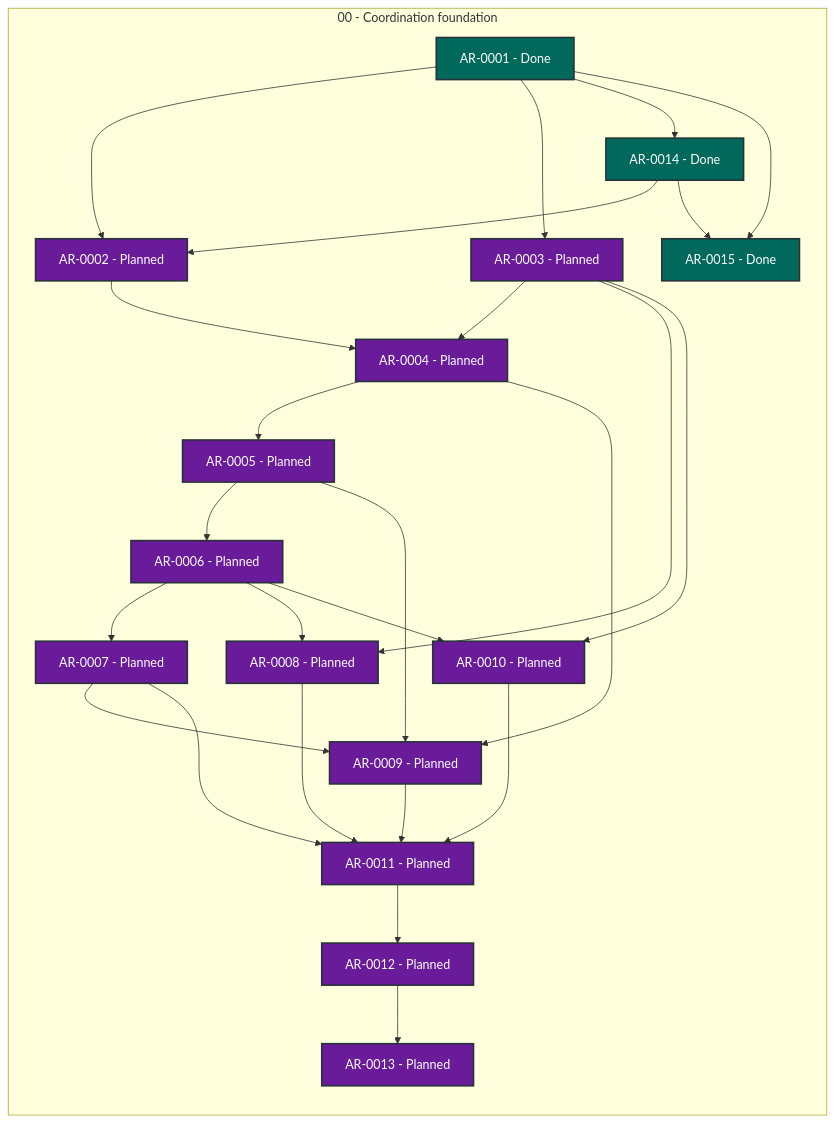
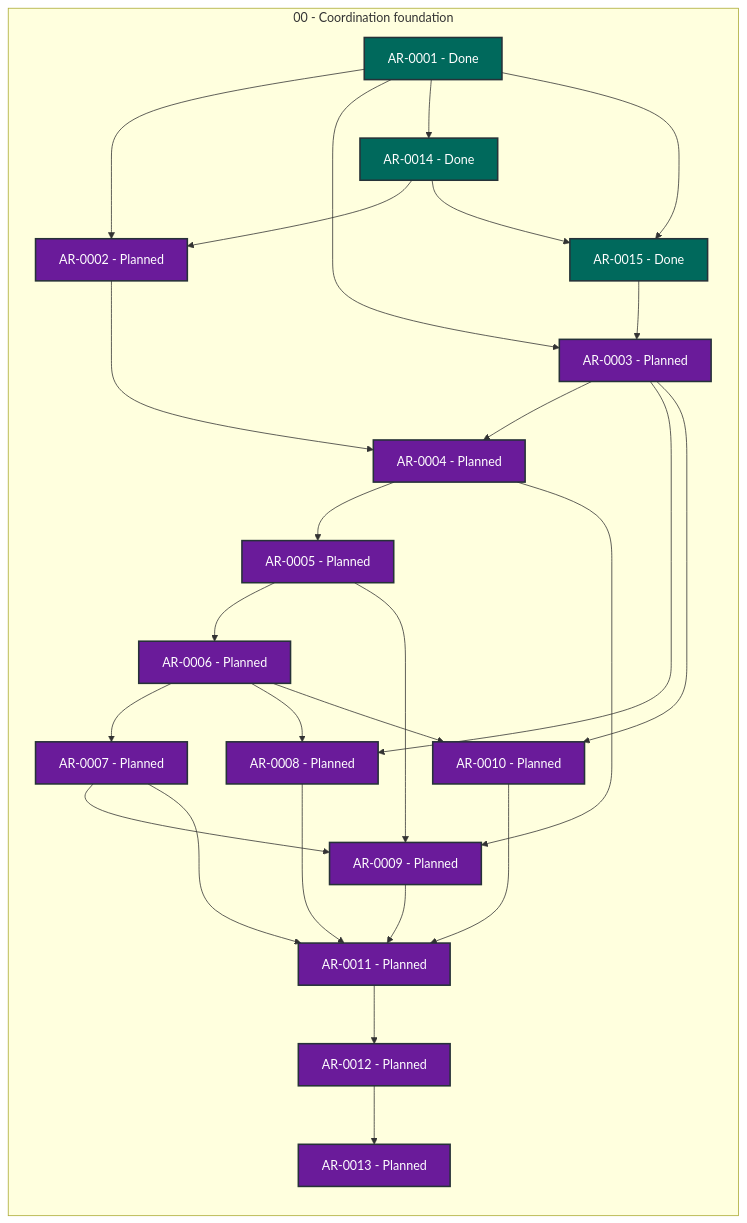
The diagram in STATUS.md (martin-beck/agent-workflow-tui-state), drawn with Mermaid before and after one commit. The commit also changed other lines of this file and 1 other file, not shown here.

````diff
--- a/STATUS.md
+++ b/STATUS.md
@@ -27,53 +27,54 @@
 ```mermaid
 flowchart LR
     subgraph series_00["00 - Coordination foundation"]
         direction TB
         AR_0001["AR-0001 - Done"]:::status_done
         AR_0002["AR-0002 - Planned"]:::status_planned
         AR_0003["AR-0003 - Planned"]:::status_planned
         AR_0004["AR-0004 - Planned"]:::status_planned
         AR_0005["AR-0005 - Planned"]:::status_planned
         AR_0006["AR-0006 - Planned"]:::status_planned
         AR_0007["AR-0007 - Planned"]:::status_planned
         AR_0008["AR-0008 - Planned"]:::status_planned
         AR_0009["AR-0009 - Planned"]:::status_planned
         AR_0010["AR-0010 - Planned"]:::status_planned
         AR_0011["AR-0011 - Planned"]:::status_planned
         AR_0012["AR-0012 - Planned"]:::status_planned
         AR_0013["AR-0013 - Planned"]:::status_planned
         AR_0014["AR-0014 - Done"]:::status_done
         AR_0015["AR-0015 - Done"]:::status_done
     end
     AR_0001 --> AR_0002
     AR_0001 --> AR_0003
     AR_0001 --> AR_0014
     AR_0001 --> AR_0015
     AR_0002 --> AR_0004
     AR_0003 --> AR_0004
     AR_0003 --> AR_0008
     AR_0003 --> AR_0010
     AR_0004 --> AR_0005
     AR_0004 --> AR_0009
     AR_0005 --> AR_0006
     AR_0005 --> AR_0009
     AR_0006 --> AR_0007
     AR_0006 --> AR_0008
     AR_0006 --> AR_0010
     AR_0007 --> AR_0009
     AR_0007 --> AR_0011
     AR_0008 --> AR_0011
     AR_0009 --> AR_0011
     AR_0010 --> AR_0011
     AR_0011 --> AR_0012
     AR_0012 --> AR_0013
     AR_0014 --> AR_0002
     AR_0014 --> AR_0015
+    AR_0015 --> AR_0003
     classDef status_in_progress fill:#1565c0,color:#ffffff,stroke:#263238,stroke-width:2px
     classDef status_open fill:#2e7d32,color:#ffffff,stroke:#263238,stroke-width:2px
     classDef status_blocked fill:#c62828,color:#ffffff,stroke:#263238,stroke-width:2px
     classDef status_planned fill:#6a1b9a,color:#ffffff,stroke:#263238,stroke-width:2px
     classDef status_future fill:#455a64,color:#ffffff,stroke:#263238,stroke-width:2px
     classDef status_done fill:#00695c,color:#ffffff,stroke:#263238,stroke-width:2px
     classDef status_cancelled fill:#616161,color:#ffffff,stroke:#263238,stroke-width:2px
     classDef status_superseded fill:#5d4037,color:#ffffff,stroke:#263238,stroke-width:2px
 ```
````
